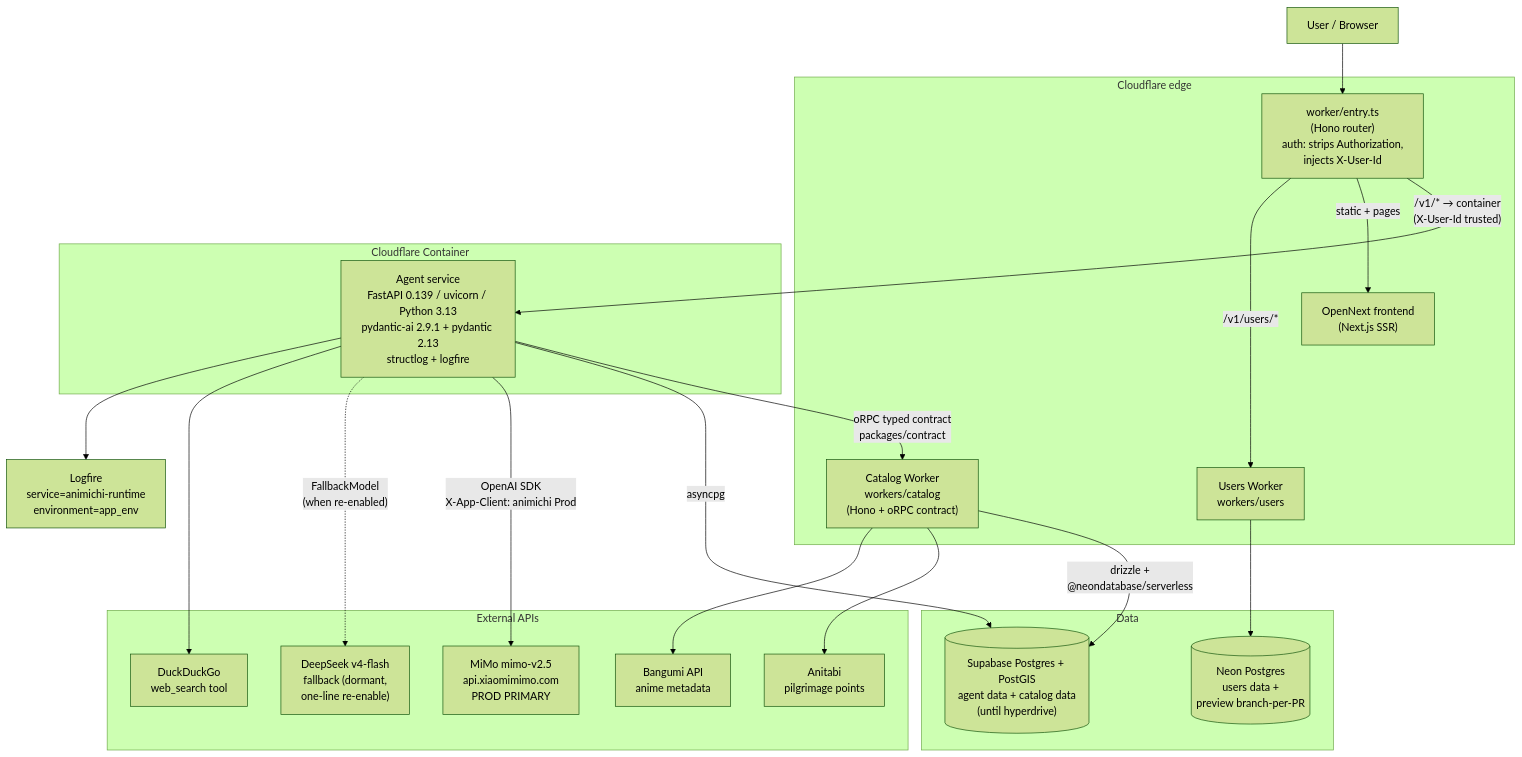
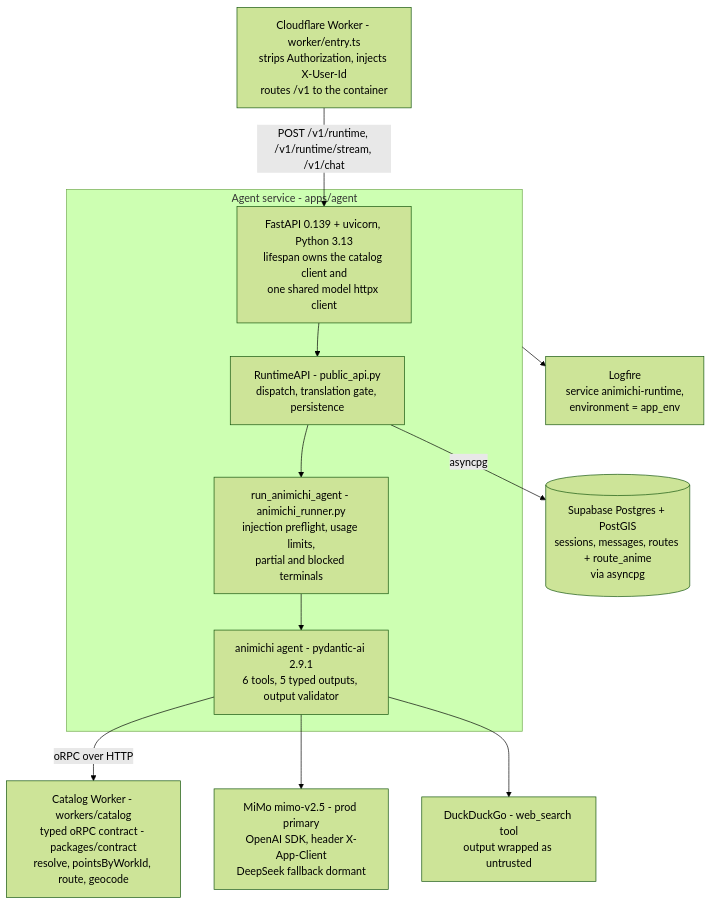
Before and after one commit to lifeodyssey/animichi: the first of 5 diagrams in docs/architecture-diagrams.md, drawn with Mermaid (forest theme). The commit also changed other lines of this file and 1 other file, not shown here.

First line of the commit message:
docs: agent-scoped architecture diagrams, verified against code

````diff
--- a/docs/architecture-diagrams.md
+++ b/docs/architecture-diagrams.md
@@ -22,44 +20,25 @@
 ```mermaid
 flowchart TD
-    U["User / Browser"] --> EDGE
+    EDGE["Cloudflare Worker - worker/entry.ts<br/>strips Authorization, injects X-User-Id<br/>routes /v1 to the container"]
 
-    subgraph CF["Cloudflare edge"]
-        EDGE["worker/entry.ts<br/>(Hono router)<br/>auth: strips Authorization,<br/>injects X-User-Id"]
-        FE["OpenNext frontend<br/>(Next.js SSR)"]
-        CAT["Catalog Worker<br/>workers/catalog<br/>(Hono + oRPC contract)"]
-        USR["Users Worker<br/>workers/users"]
+    subgraph AGENT["Agent service - apps/agent"]
+        API["FastAPI 0.139 + uvicorn, Python 3.13<br/>lifespan owns the catalog client and<br/>one shared model httpx client"]
+        RUNTIME["RuntimeAPI - public_api.py<br/>dispatch, translation gate, persistence"]
+        RUNNER["run_animichi_agent - animichi_runner.py<br/>injection preflight, usage limits,<br/>partial and blocked terminals"]
+        PAI["animichi agent - pydantic-ai 2.9.1<br/>6 tools, 5 typed outputs, output validator"]
     end
 
-    subgraph CONTAINER["Cloudflare Container"]
-        AGENT["Agent service<br/>FastAPI 0.139 / uvicorn / Python 3.13<br/>pydantic-ai 2.9.1 + pydantic 2.13<br/>structlog + logfire"]
-    end
+    CAT["Catalog Worker - workers/catalog<br/>typed oRPC contract - packages/contract<br/>resolve, pointsByWorkId, route, geocode"]
+    PG[("Supabase Postgres + PostGIS<br/>sessions, messages, routes + route_anime<br/>via asyncpg")]
+    LLM["MiMo mimo-v2.5 - prod primary<br/>OpenAI SDK, header X-App-Client<br/>DeepSeek fallback dormant"]
+    DDG["DuckDuckGo - web_search tool<br/>output wrapped as untrusted"]
+    OBS["Logfire<br/>service animichi-runtime,<br/>environment = app_env"]
 
-    subgraph DATA["Data"]
-        SUPA[("Supabase Postgres + PostGIS<br/>agent data + catalog data<br/>(until hyperdrive)")]
-        NEON[("Neon Postgres<br/>users data +<br/>preview branch-per-PR")]
-    end
-
-    subgraph EXT["External APIs"]
-        MIMO["MiMo mimo-v2.5<br/>api.xiaomimimo.com<br/>PROD PRIMARY"]
-        DS["DeepSeek v4-flash<br/>fallback (dormant,<br/>one-line re-enable)"]
-        ANITABI["Anitabi<br/>pilgrimage points"]
-        BGM["Bangumi API<br/>anime metadata"]
-        DDG["DuckDuckGo<br/>web_search tool"]
-    end
-
-    OBS["Logfire<br/>service=animichi-runtime<br/>environment=app_env"]
-
-    EDGE -->|"/v1/* → container<br/>(X-User-Id trusted)"| AGENT
-    EDGE -->|"static + pages"| FE
-    EDGE -->|"/v1/users/*"| USR
-    AGENT -->|"oRPC typed contract<br/>packages/contract"| CAT
-    AGENT -->|asyncpg| SUPA
-    CAT -->|"drizzle +<br/>@neondatabase/serverless"| SUPA
-    USR --> NEON
-    CAT --> ANITABI
-    CAT --> BGM
-    AGENT -->|"OpenAI SDK<br/>X-App-Client: animichi Prod"| MIMO
-    AGENT -.->|"FallbackModel<br/>(when re-enabled)"| DS
-    AGENT --> DDG
+    EDGE -->|"POST /v1/runtime, /v1/runtime/stream, /v1/chat"| API
+    API --> RUNTIME --> RUNNER --> PAI
+    PAI -->|"oRPC over HTTP"| CAT
+    RUNTIME -->|asyncpg| PG
+    PAI --> LLM
+    PAI --> DDG
     AGENT --> OBS
 ```
````
